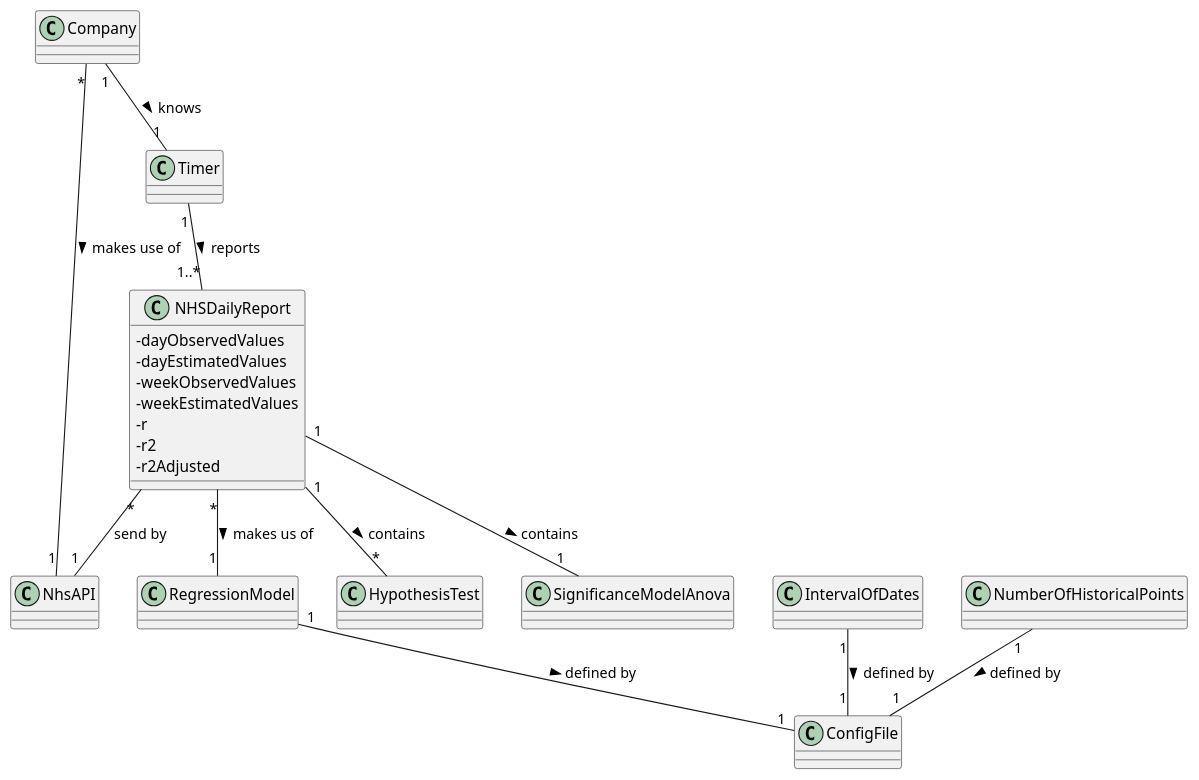
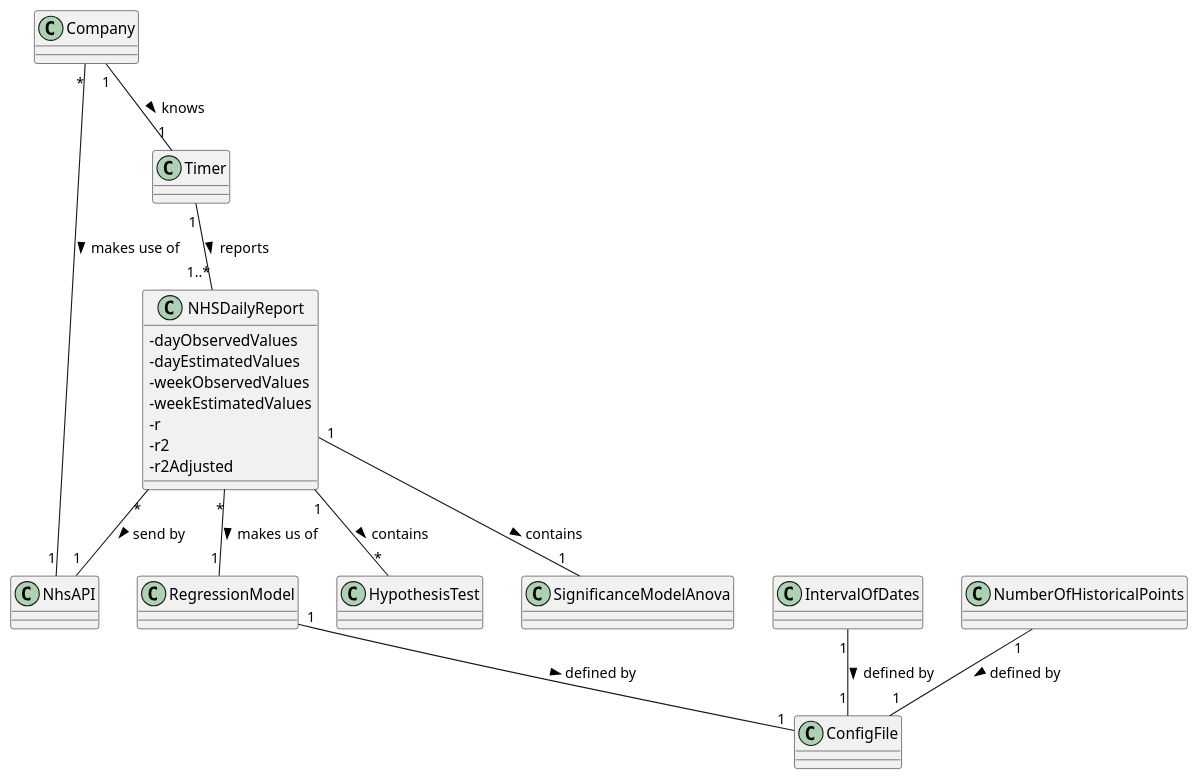
Before and after one commit to ana-albergaria/LAPR2-ISEP: the diagram in docs/SprintD/US_19/US19_DM.puml, drawn with PlantUML. The commit also changed 4 other files, not shown here.

```diff
--- a/docs/SprintD/US_19/US19_DM.puml
+++ b/docs/SprintD/US_19/US19_DM.puml
@@ -1,46 +1,48 @@
 @startuml
 
 skinparam classAttributeIconSize 0
 
 class Timer {}
 class NhsAPI{}
 class NHSDailyReport {
 - dayObservedValues
 - dayEstimatedValues
 - weekObservedValues
 - weekEstimatedValues
 - r
 - r2
 - r2Adjusted
 }
 
 class RegressionModel {}
 
 class ConfigFile {}
 
 'The interval of dates to fit the regression model
 class IntervalOfDates {}
 
 'Number of days and number of weeks
 class NumberOfHistoricalPoints {}
 
 'hypothesis tests for regression coefficients
 class HypothesisTest {}
 
 'significance model with Anova.
 class SignificanceModelAnova {}
 
 Timer "1" -- "1..*" NHSDailyReport : reports >
 Company "1" -- "1" Timer : knows >
 Company "*" - "1" NhsAPI : makes use of >
-NHSDailyReport "*" -- "1" NhsAPI : send by
+NHSDailyReport "*" -- "1" NhsAPI : send by >
 NHSDailyReport "*" -- "1" RegressionModel : makes us of >
-RegressionModel "1" -- "1" ConfigFile : defined by >
-
-IntervalOfDates "1" -- "1" ConfigFile : defined by >
-NumberOfHistoricalPoints "1" -- "1" ConfigFile : defined by >
 NHSDailyReport "1" -- "*" HypothesisTest : contains >
 NHSDailyReport "1" -- "1" SignificanceModelAnova : contains >
 
+'Apagar posteriormente
+RegressionModel "1" -- "1" ConfigFile : defined by >
+IntervalOfDates "1" -- "1" ConfigFile : defined by >
+NumberOfHistoricalPoints "1" -- "1" ConfigFile : defined by >
+
+
 
 @enduml
```
